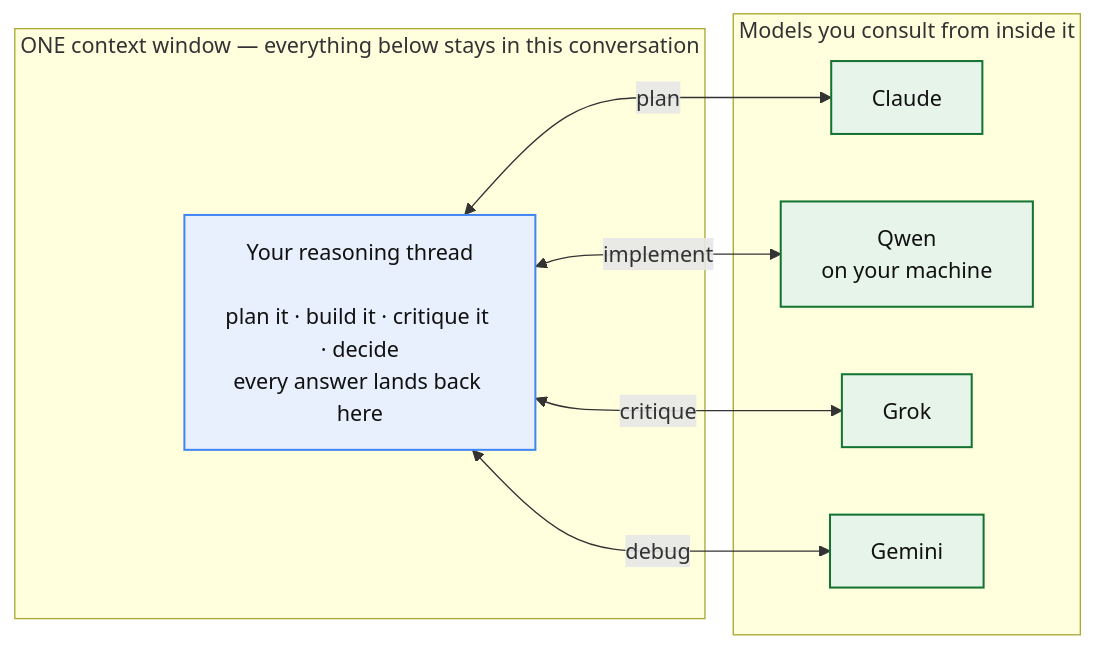
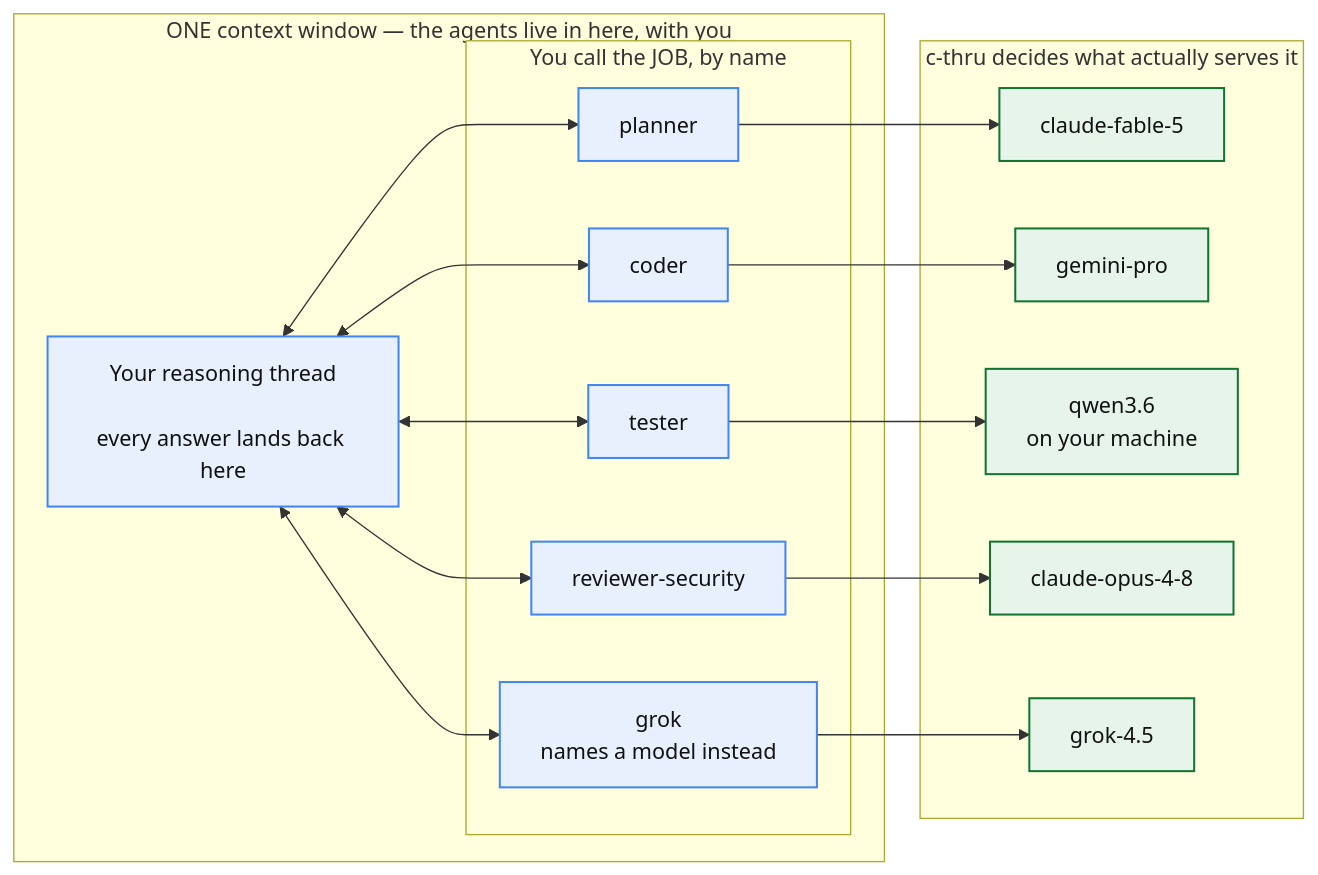
One commit to whichguy/c-thru changed the second of 7 diagrams in README.md. Above: the diagram before and after it, drawn with Mermaid. The commit also changed other lines of this file and 1 other file, not shown here.

First line of the commit message:
docs: make the agent layer the point, and contrast against a model gateway

````diff
--- a/README.md
+++ b/README.md
@@ -171,23 +171,32 @@
 ```mermaid
 flowchart LR
-    subgraph ONE["ONE context window — everything below stays in this conversation"]
-        R["Your reasoning thread<br/><br/>plan it · build it · critique it · decide<br/>every answer lands back here"]
+    subgraph ONE["ONE context window — the agents live in here, with you"]
+        R["Your reasoning thread<br/><br/>every answer lands back here"]
+        subgraph FLEET["You call the JOB, by name"]
+            A1["planner"]
+            A2["coder"]
+            A3["tester"]
+            A4["reviewer-security"]
+            A5["grok<br/>names a model instead"]
+        end
     end
 
-    subgraph MODELS["Models you consult from inside it"]
-        A["Claude"]
-        B["Qwen<br/>on your machine"]
-        C["Grok"]
-        D["Gemini"]
+    subgraph MODELS["c-thru decides what actually serves it"]
+        M1["claude-fable-5"]
+        M2["gemini-pro"]
+        M3["qwen3.6<br/>on your machine"]
+        M4["claude-opus-4-8"]
+        M5["grok-4.5"]
     end
 
-    R <-->|"plan"| A
-    R <-->|"implement"| B
-    R <-->|"critique"| C
-    R <-->|"debug"| D
+    R <--> A1 --> M1
+    R <--> A2 --> M2
+    R <--> A3 --> M3
+    R <--> A4 --> M4
+    R <--> A5 --> M5
 
     classDef harness  fill:#E8F0FE,stroke:#4285F4,stroke-width:1.5px,color:#111
     classDef provider fill:#E6F4EA,stroke:#137333,stroke-width:1.5px,color:#111
-    class R harness
-    class A,B,C,D provider
+    class R,A1,A2,A3,A4,A5 harness
+    class M1,M2,M3,M4,M5 provider
 ```
````
